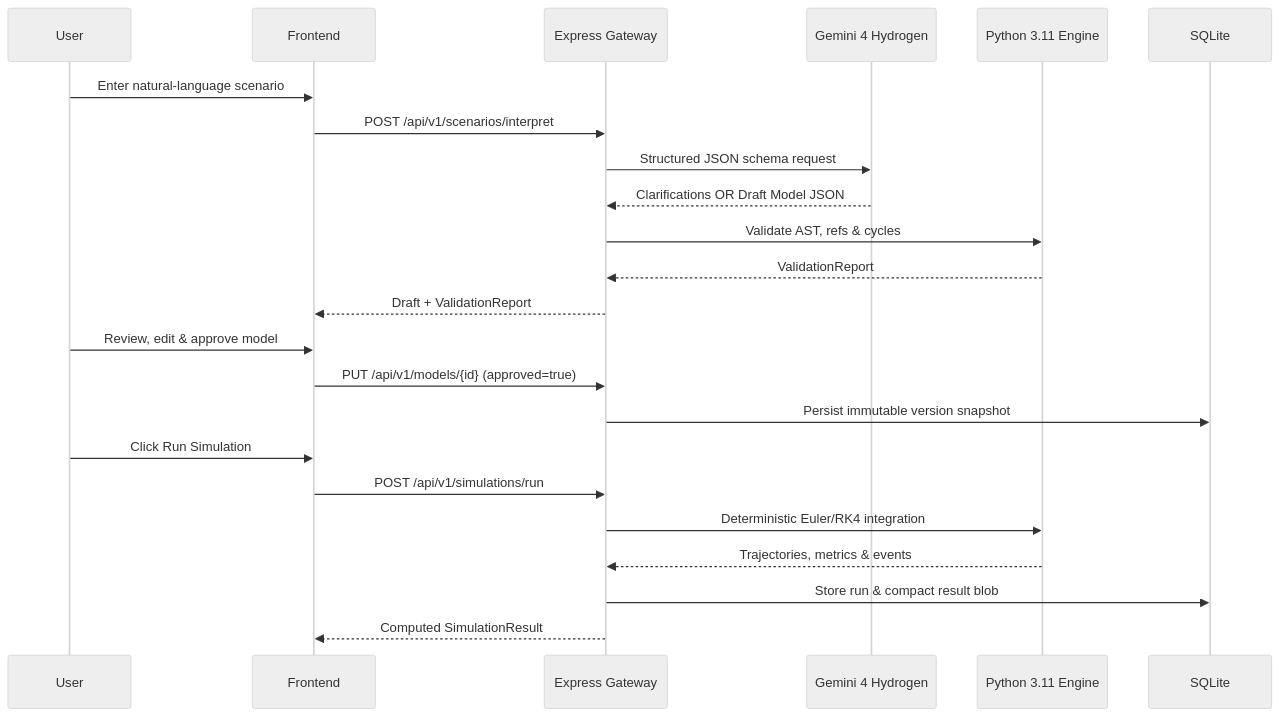
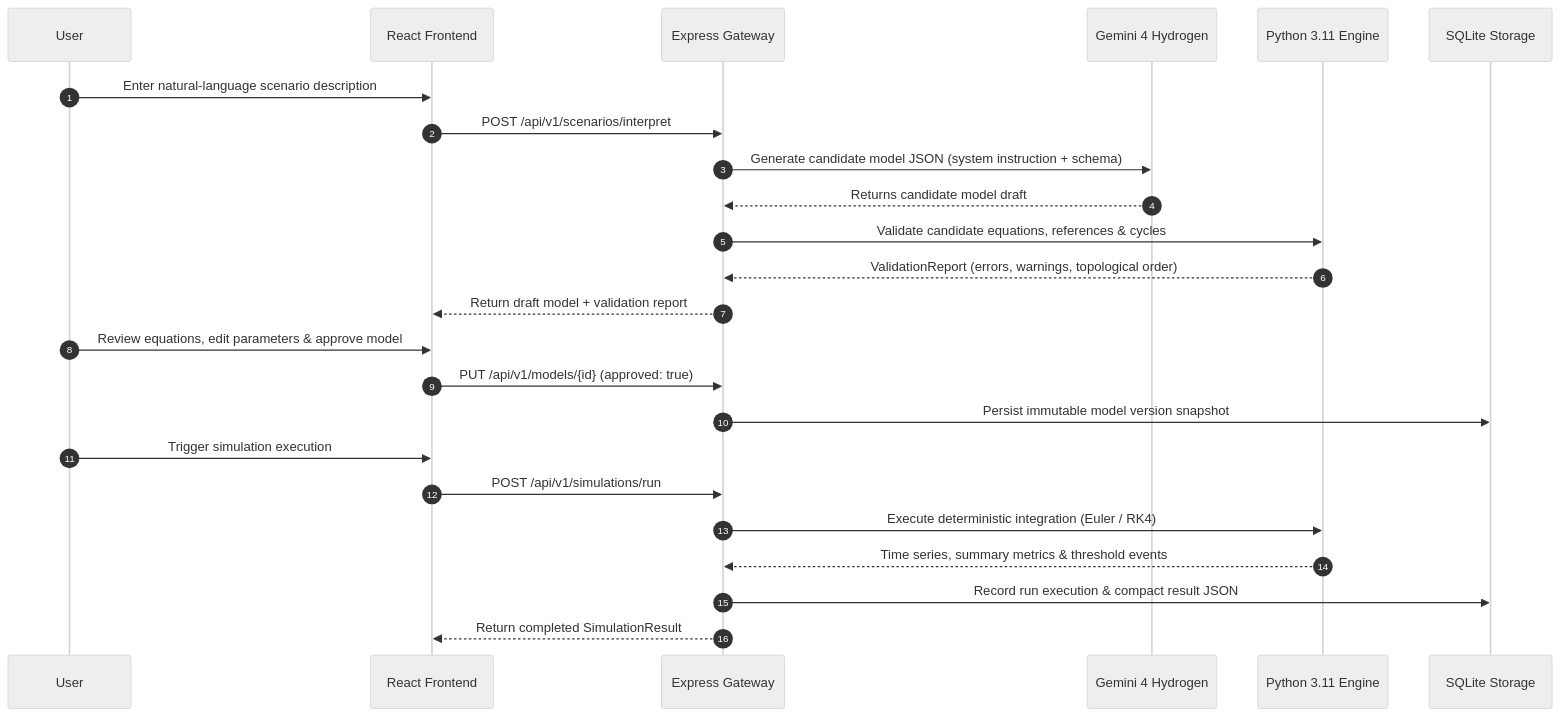
One commit to nani-a11y/orbit changed the second of 2 diagrams in docs/ARCHITECTURE.md. Above: the diagram before and after it, drawn with Mermaid (neutral theme). The commit also changed other lines of this file and 26 other files, not shown here.

Commit message:
docs: complete open-source repository upgrade with genuine screenshots, architecture specs, and technical papers

````diff
--- a/docs/ARCHITECTURE.md
+++ b/docs/ARCHITECTURE.md
@@ -20,26 +65,27 @@
 ```mermaid
 sequenceDiagram
+    autonumber
     participant U as User
-    participant FE as Frontend
+    participant FE as React Frontend
     participant API as Express Gateway
     participant AI as Gemini 4 Hydrogen
     participant PY as Python 3.11 Engine
-    participant DB as SQLite
+    participant DB as SQLite Storage
 
-    U->>FE: Enter natural-language scenario
+    U->>FE: Enter natural-language scenario description
     FE->>API: POST /api/v1/scenarios/interpret
-    API->>AI: Structured JSON schema request
-    AI-->>API: Clarifications OR Draft Model JSON
-    API->>PY: Validate AST, refs & cycles
-    PY-->>API: ValidationReport
-    API-->>FE: Draft + ValidationReport
-    U->>FE: Review, edit & approve model
-    FE->>API: PUT /api/v1/models/{id} (approved=true)
-    API->>DB: Persist immutable version snapshot
-    U->>FE: Click Run Simulation
+    API->>AI: Generate candidate model JSON (system instruction + schema)
+    AI-->>API: Returns candidate model draft
+    API->>PY: Validate candidate equations, references & cycles
+    PY-->>API: ValidationReport (errors, warnings, topological order)
+    API-->>FE: Return draft model + validation report
+    U->>FE: Review equations, edit parameters & approve model
+    FE->>API: PUT /api/v1/models/{id} (approved: true)
+    API->>DB: Persist immutable model version snapshot
+    U->>FE: Trigger simulation execution
     FE->>API: POST /api/v1/simulations/run
-    API->>PY: Deterministic Euler/RK4 integration
-    PY-->>API: Trajectories, metrics & events
-    API->>DB: Store run & compact result blob
-    API-->>FE: Computed SimulationResult
+    API->>PY: Execute deterministic integration (Euler / RK4)
+    PY-->>API: Time series, summary metrics & threshold events
+    API->>DB: Record run execution & compact result JSON
+    API-->>FE: Return completed SimulationResult
 ```
````
